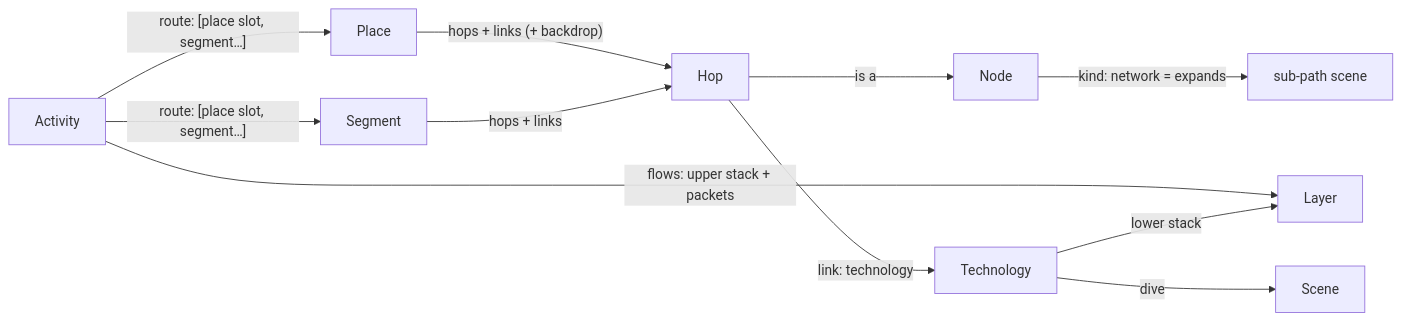
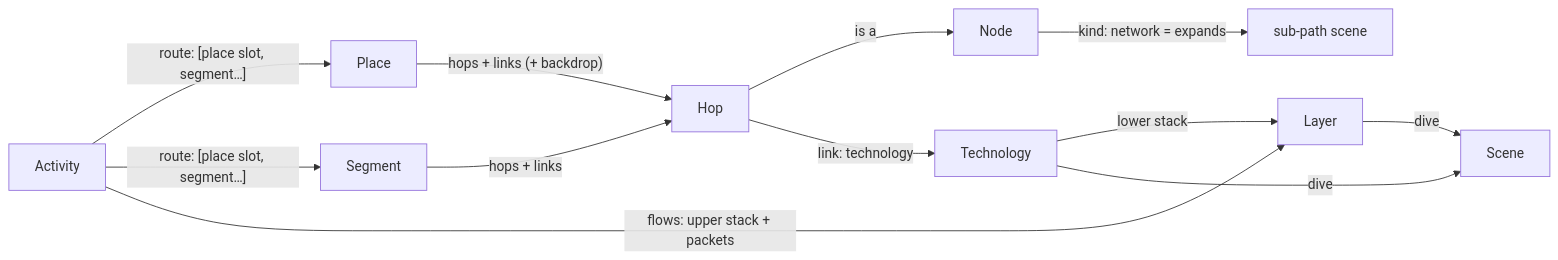
The diagram in docs/architecture.md (krombel/how-the-internet-works), drawn with Mermaid before and after one commit. The commit also changed other lines of this file and 39 other files, not shown here.

````diff
--- a/docs/architecture.md
+++ b/docs/architecture.md
@@ -18,12 +18,13 @@
 ```mermaid
 graph LR
   Activity -- "route: [place slot, segment…]" --> Place & Segment
   Activity -- "flows: upper stack + packets" --> Layer
   Place -- "hops + links (+ backdrop)" --> Hop
   Segment -- "hops + links" --> Hop
   Hop -- "is a" --> Node
   Hop -- "link: technology" --> Technology
   Technology -- "lower stack" --> Layer
   Technology -- "dive" --> Scene
+  Layer -- "dive" --> Scene
   Node -- "kind: network = expands" --> Group[sub-path scene]
 ```
````
